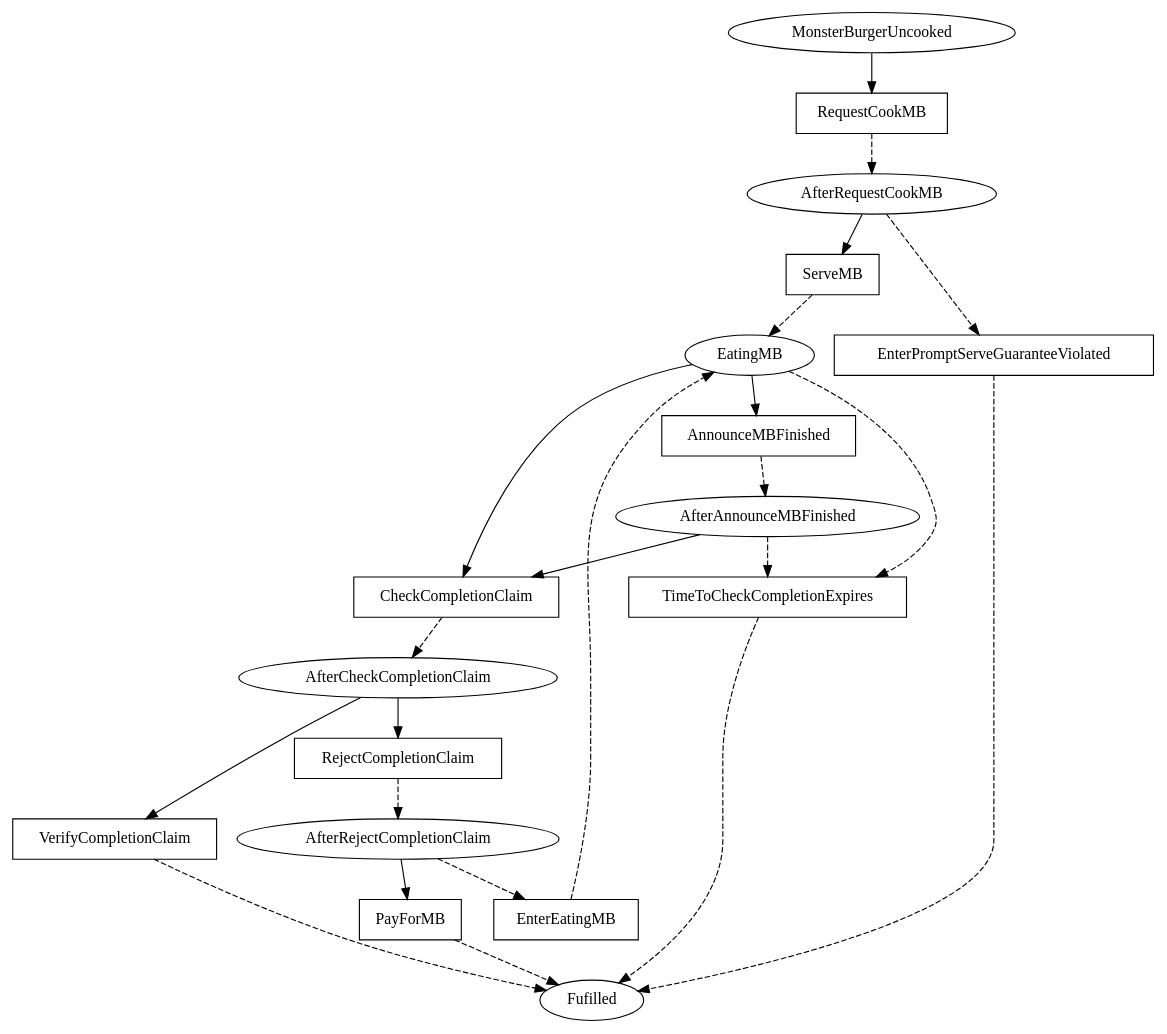
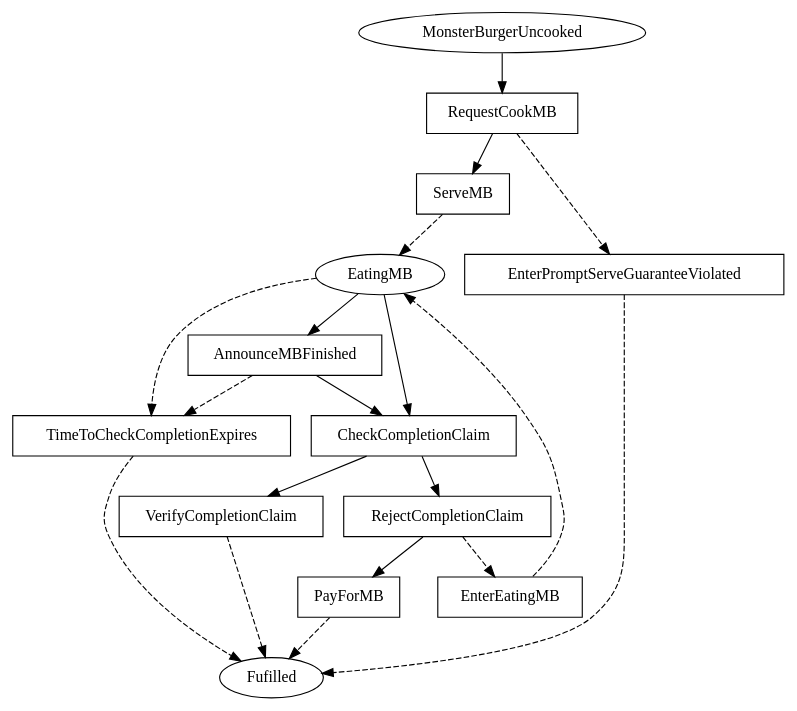
Before and after one commit to Marcao02/complaw-deeptech: the diagram in linear_state_machine_language/pyL4/examples_graphviz_gen/toy_and_teaching/monster_burger_program_only.dot, drawn with Graphviz. The commit also changed 13 other files, not shown here.

```diff
--- a/linear_state_machine_language/pyL4/examples_graphviz_gen/toy_and_teaching/monster_burger_program_only.dot
+++ b/linear_state_machine_language/pyL4/examples_graphviz_gen/toy_and_teaching/monster_burger_program_only.dot
@@ -1,49 +1,42 @@
 // THIS IS A GENERATED FILE. DO NOT EDIT.
 
 digraph Monster_Burger {    
     Fulfilled[label=Fufilled];
     MonsterBurgerUncooked[label=MonsterBurgerUncooked];
-	AfterRequestCookMB[label=AfterRequestCookMB];
-	EatingMB[label=EatingMB];
-	AfterAnnounceMBFinished[label=AfterAnnounceMBFinished];
-	AfterCheckCompletionClaim[label=AfterCheckCompletionClaim];
-	AfterRejectCompletionClaim[label=AfterRejectCompletionClaim]
+	EatingMB[label=EatingMB]
     
      
     RequestCookMB[label=RequestCookMB,shape=box];
 	ServeMB[label=ServeMB,shape=box];
 	EnterPromptServeGuaranteeViolated[label=EnterPromptServeGuaranteeViolated,shape=box];
 	EnterEatingMB[label=EnterEatingMB,shape=box];
 	AnnounceMBFinished[label=AnnounceMBFinished,shape=box];
 	TimeToCheckCompletionExpires[label=TimeToCheckCompletionExpires,shape=box];
 	CheckCompletionClaim[label=CheckCompletionClaim,shape=box];
 	RejectCompletionClaim[label=RejectCompletionClaim,shape=box];
 	PayForMB[label=PayForMB,shape=box];
 	VerifyCompletionClaim[label=VerifyCompletionClaim,shape=box]    
     
     
     
     MonsterBurgerUncooked -> RequestCookMB;
-	AfterRequestCookMB -> ServeMB;
-	AfterRequestCookMB -> EnterPromptServeGuaranteeViolated [style=dashed];
+	RequestCookMB -> ServeMB;
+	RequestCookMB -> EnterPromptServeGuaranteeViolated [style=dashed];
 	EatingMB -> AnnounceMBFinished;
 	EatingMB -> CheckCompletionClaim;
 	EatingMB -> TimeToCheckCompletionExpires [style=dashed];
-	AfterAnnounceMBFinished -> CheckCompletionClaim;
-	AfterAnnounceMBFinished -> TimeToCheckCompletionExpires [style=dashed];
-	AfterCheckCompletionClaim -> VerifyCompletionClaim;
-	AfterCheckCompletionClaim -> RejectCompletionClaim;
-	AfterRejectCompletionClaim -> EnterEatingMB [style=dashed];
-	AfterRejectCompletionClaim -> PayForMB
+	AnnounceMBFinished -> CheckCompletionClaim;
+	AnnounceMBFinished -> TimeToCheckCompletionExpires [style=dashed];
+	CheckCompletionClaim -> VerifyCompletionClaim;
+	CheckCompletionClaim -> RejectCompletionClaim;
+	RejectCompletionClaim -> EnterEatingMB [style=dashed];
+	RejectCompletionClaim -> PayForMB
     
-    RequestCookMB -> AfterRequestCookMB [style=dashed];
-	ServeMB -> EatingMB [style=dashed];
+    ServeMB -> EatingMB [style=dashed];
 	EnterPromptServeGuaranteeViolated -> Fulfilled [style=dashed];
 	EnterEatingMB -> EatingMB [style=dashed];
-	AnnounceMBFinished -> AfterAnnounceMBFinished [style=dashed];
 	TimeToCheckCompletionExpires -> Fulfilled [style=dashed];
-	CheckCompletionClaim -> AfterCheckCompletionClaim [style=dashed];
-	RejectCompletionClaim -> AfterRejectCompletionClaim [style=dashed];
 	PayForMB -> Fulfilled [style=dashed];
-	VerifyCompletionClaim -> Fulfilled [style=dashed]        
+	VerifyCompletionClaim -> Fulfilled [style=dashed];
+	        
 }
```
